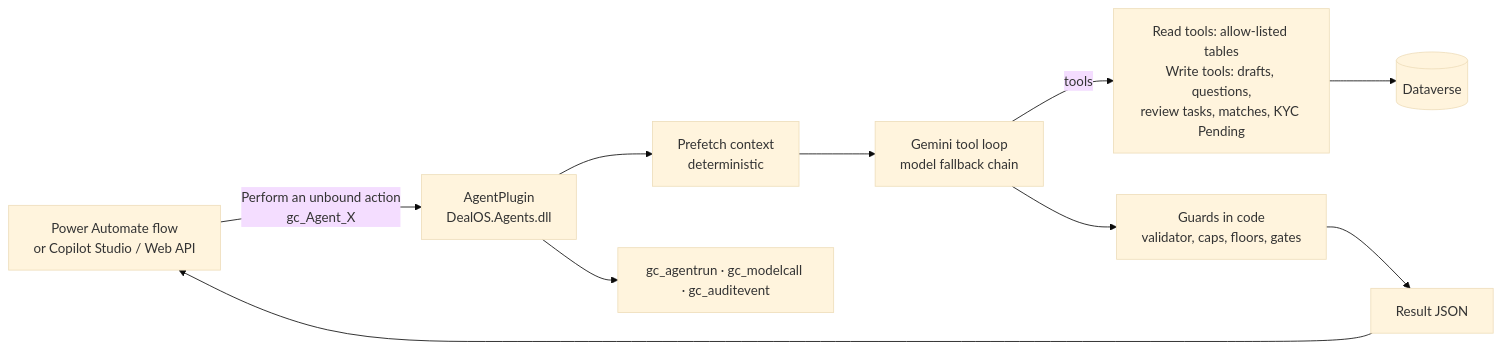
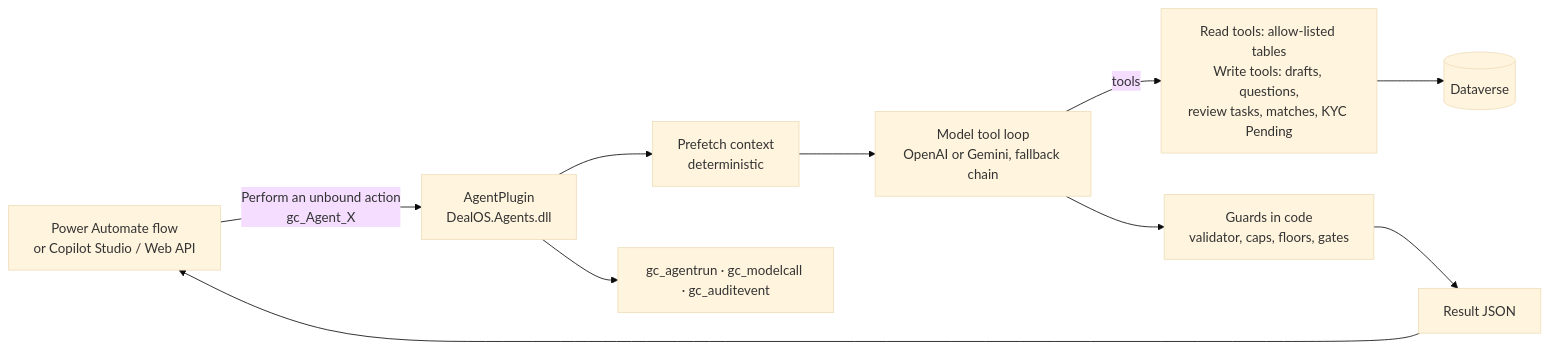
The diagram in docs/AGENTS.md (Subharjun/dealos), drawn with Mermaid (base theme) before and after one commit. The commit also changed other lines of this file and 491 other files, not shown here.

````diff
--- a/docs/AGENTS.md
+++ b/docs/AGENTS.md
@@ -16,12 +16,12 @@
 ```mermaid
 flowchart LR
   F[Power Automate flow<br/>or Copilot Studio / Web API] -->|Perform an unbound action<br/>gc_Agent_X| P[AgentPlugin<br/>DealOS.Agents.dll]
   P --> C[Prefetch context<br/>deterministic]
-  C --> G[Gemini tool loop<br/>model fallback chain]
+  C --> G[Model tool loop<br/>OpenAI or Gemini, fallback chain]
   G -->|tools| T[Read tools: allow-listed tables<br/>Write tools: drafts, questions,<br/>review tasks, matches, KYC Pending]
   T --> D[(Dataverse)]
   G --> V[Guards in code<br/>validator, caps, floors, gates]
   V --> R[Result JSON]
   P --> L[gc_agentrun · gc_modelcall · gc_auditevent]
   R --> F
 ```
````
